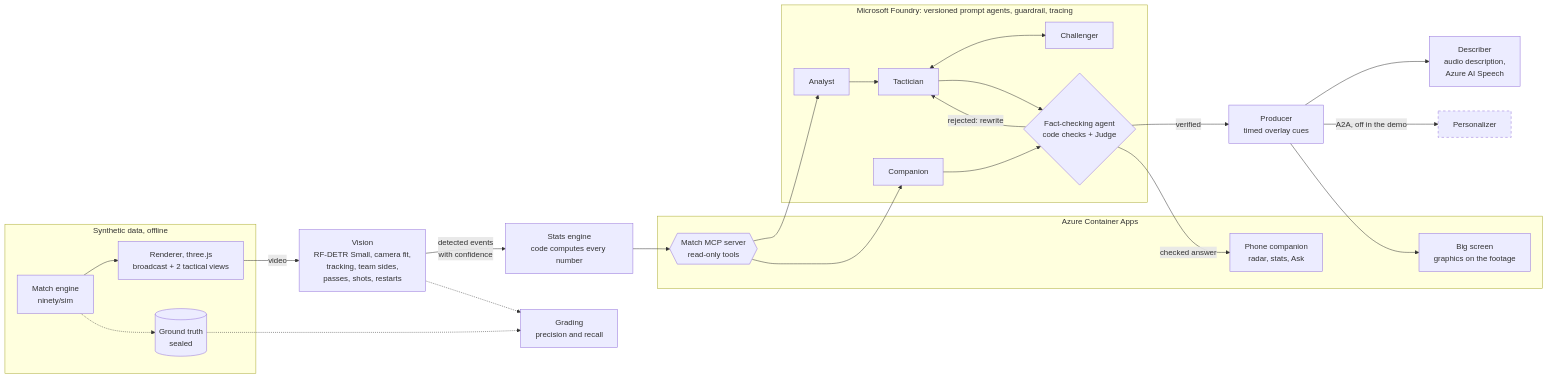
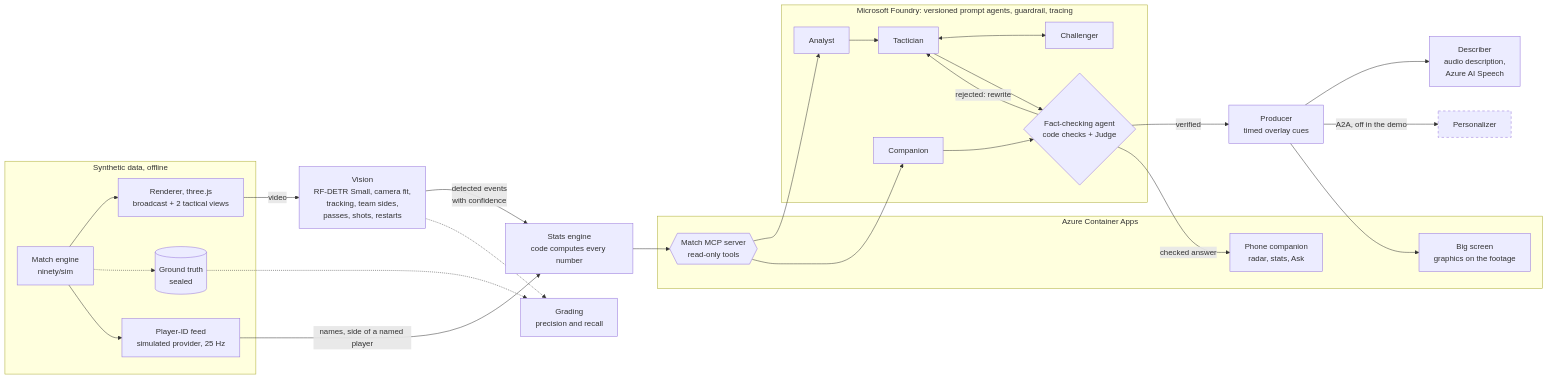
One commit to KLKH7/the-ninety-labs changed the second of 2 diagrams in README.md. Above: the diagram before and after it, drawn with Mermaid. The commit also changed other lines of this file, not shown here.

First line of the commit message:
README final state for submission: player-ID feed section, live agent eval, known limits

````diff
--- a/README.md
+++ b/README.md
@@ -49,36 +53,38 @@
 ```mermaid
 flowchart LR
     subgraph DATA["Synthetic data, offline"]
         ENG["Match engine<br/>ninety/sim"] --> REN["Renderer, three.js<br/>broadcast + 2 tactical views"]
         ENG -.-> TRUTH[("Ground truth<br/>sealed")]
+        ENG --> IDF["Player-ID feed<br/>simulated provider, 25 Hz"]
     end
 
     REN -- video --> VIS["Vision<br/>RF-DETR Small, camera fit,<br/>tracking, team sides,<br/>passes, shots, restarts"]
     VIS -- "detected events<br/>with confidence" --> STATS["Stats engine<br/>code computes every number"]
     VIS -.-> GRADE["Grading<br/>precision and recall"]
     TRUTH -.-> GRADE
 
     subgraph ACA["Azure Container Apps"]
         MCP{{"Match MCP server<br/>read-only tools"}}
         VIEW["Big screen<br/>graphics on the footage"]
         PHONE["Phone companion<br/>radar, stats, Ask"]
     end
     STATS --> MCP
+    IDF -- "names, side of a named player" --> STATS
 
     subgraph FOUNDRY["Microsoft Foundry: versioned prompt agents, guardrail, tracing"]
         AN["Analyst"] --> TAC["Tactician"]
         TAC <--> CH["Challenger"]
         TAC --> FC{"Fact-checking agent<br/>code checks + Judge"}
         FC -- "rejected: rewrite" --> TAC
         COMP["Companion"] --> FC
     end
     MCP --> AN
     MCP --> COMP
 
     FC -- verified --> PROD["Producer<br/>timed overlay cues"]
     PROD --> VIEW
     PROD --> DESC["Describer<br/>audio description,<br/>Azure AI Speech"]
     FC -- "checked answer" --> PHONE
     PROD -- "A2A, off in the demo" --> PERS["Personalizer"]
     style PERS stroke-dasharray: 5 5
 ```
````
